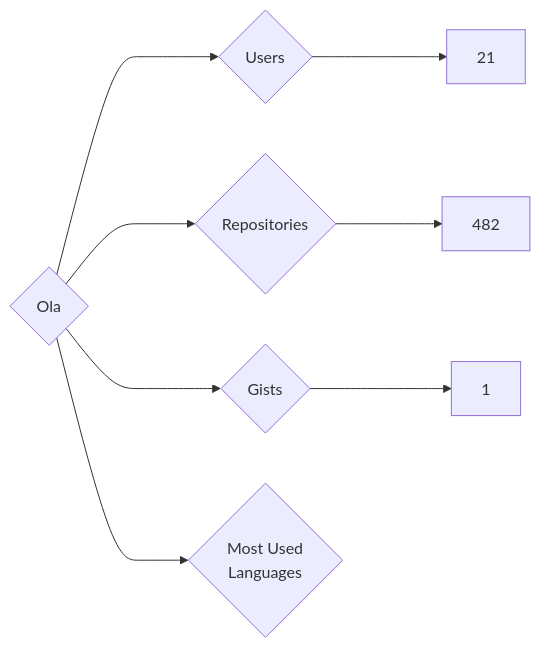
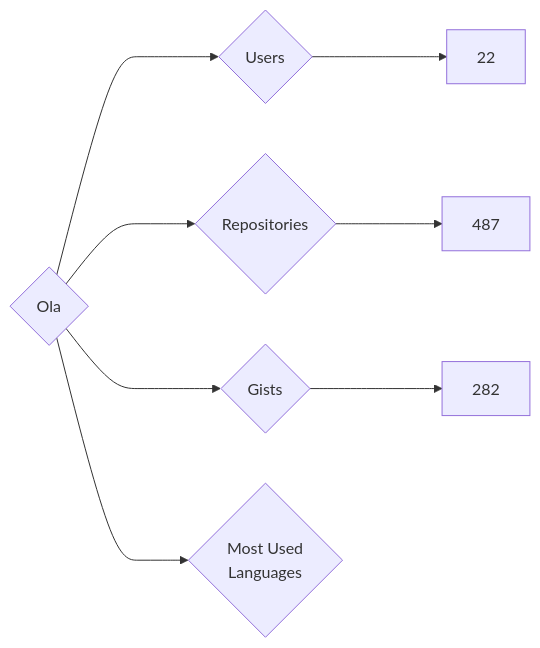
The diagram in targets/Ola/README.md (nenadzaric/insiders), drawn with Mermaid before and after one commit. The commit also changed 1342 other files, not shown here.

````diff
--- a/targets/Ola/README.md
+++ b/targets/Ola/README.md
@@ -3,8 +3,8 @@
 ```mermaid
 graph LR
 COMPANY_NAME{Ola}
-COMPANY_NAME ---> U{Users} ---> UN[21]
-COMPANY_NAME ---> R{Repositories} ---> RN[482]
-COMPANY_NAME ---> G{Gists} ---> GN[1]
+COMPANY_NAME ---> U{Users} ---> UN[22]
+COMPANY_NAME ---> R{Repositories} ---> RN[487]
+COMPANY_NAME ---> G{Gists} ---> GN[282]
 COMPANY_NAME ---> ML{Most Used<br>Languages}
 ```
````
